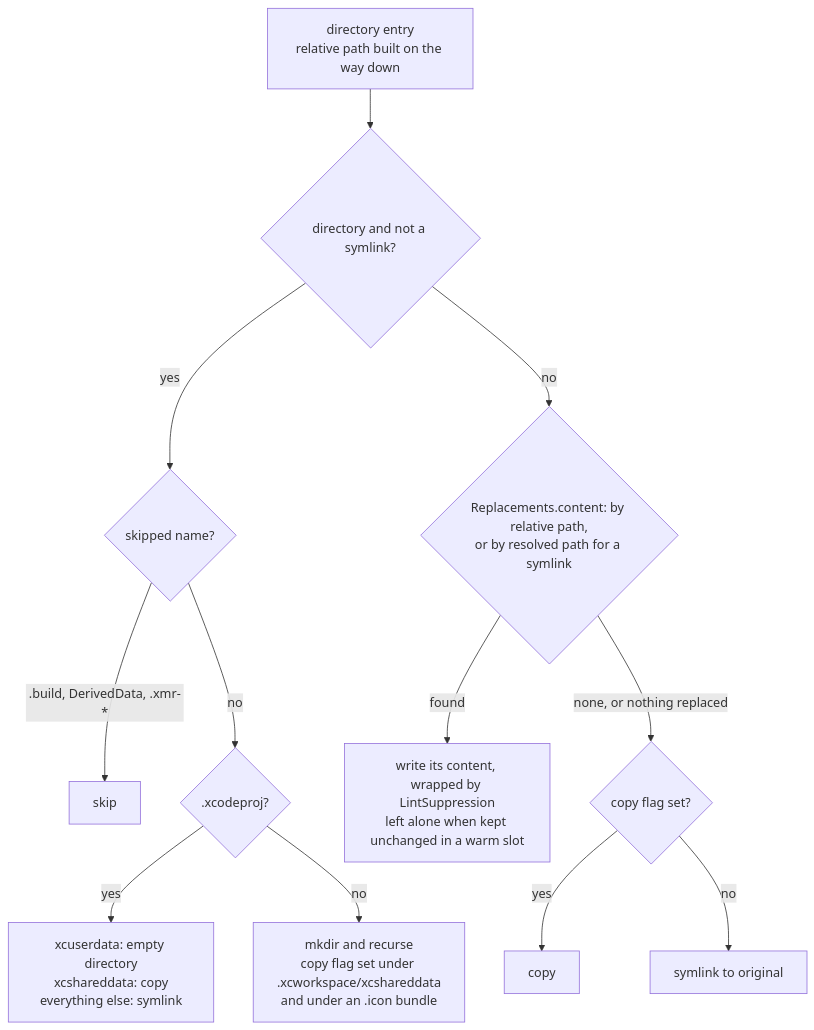
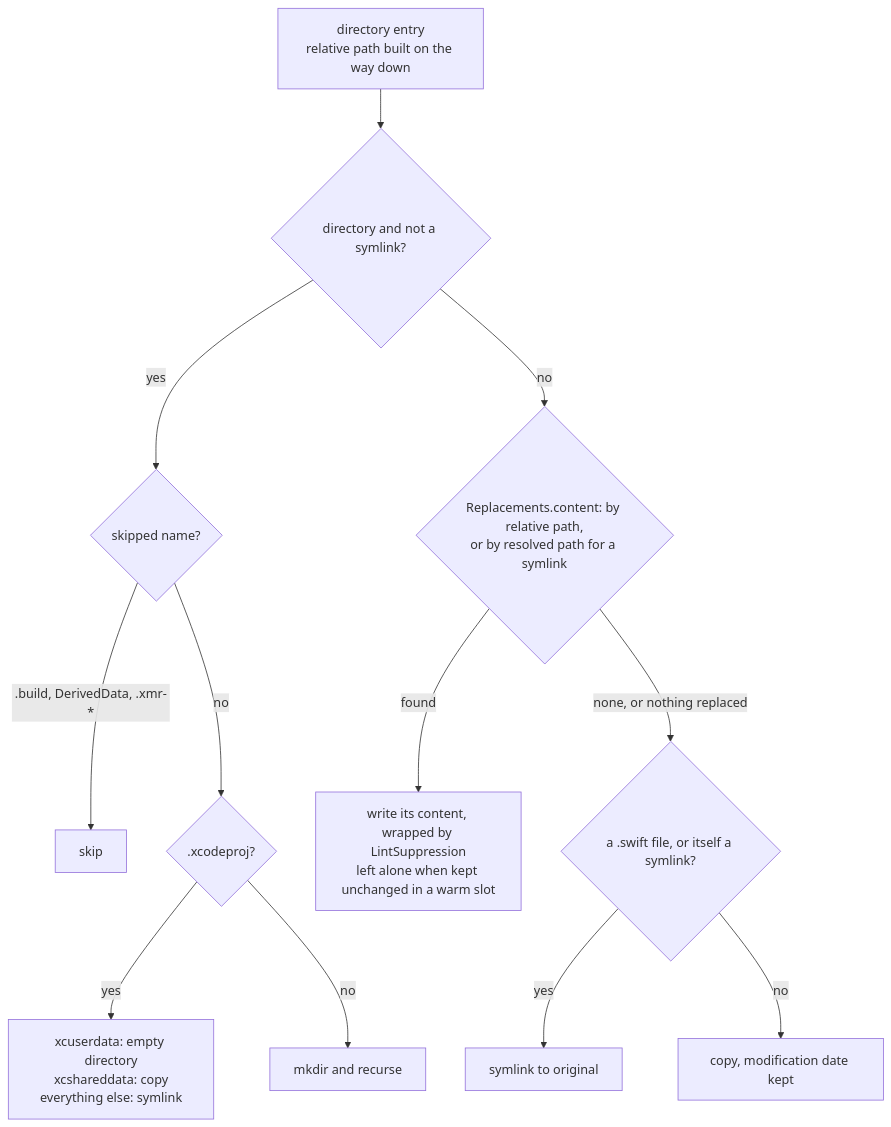
The first of 2 diagrams in Docs/CodeBase/06-sandbox-build.md (ericodx/swift-mutation-testing), drawn with Mermaid before and after one commit. The commit also changed other lines of this file and 2 other files, not shown here.

Commit message:
docs: describe the link-or-copy rule by file kind, the two compilers that rejected links, and how the sandbox root reads TMPDIR

````diff
--- a/Docs/CodeBase/06-sandbox-build.md
+++ b/Docs/CodeBase/06-sandbox-build.md
@@ -55,14 +55,14 @@
 ```mermaid
 flowchart TD
     ITEM["directory entry<br>relative path built on the way down"] --> KIND{"directory and not a symlink?"}
     KIND -- yes --> SKIP{"skipped name?"}
     SKIP -- ".build, DerivedData, .xmr-*" --> DROP["skip"]
     SKIP -- no --> XCODEPROJ{".xcodeproj?"}
     XCODEPROJ -- yes --> PROJ["xcuserdata: empty directory<br>xcshareddata: copy<br>everything else: symlink"]
-    XCODEPROJ -- no --> RECURSE["mkdir and recurse<br>copy flag set under .xcworkspace/xcshareddata<br>and under an .icon bundle"]
+    XCODEPROJ -- no --> RECURSE["mkdir and recurse"]
     KIND -- no --> REPLACED{"Replacements.content: by relative path,<br>or by resolved path for a symlink"}
     REPLACED -- found --> WRITE["write its content, wrapped by LintSuppression<br>left alone when kept unchanged in a warm slot"]
-    REPLACED -- "none, or nothing replaced" --> SHARED{"copy flag set?"}
-    SHARED -- yes --> COPY["copy"]
-    SHARED -- no --> SYMLINK["symlink to original"]
+    REPLACED -- "none, or nothing replaced" --> KINDOFFILE{"a .swift file, or itself a symlink?"}
+    KINDOFFILE -- yes --> SYMLINK["symlink to original"]
+    KINDOFFILE -- no --> COPY["copy, modification date kept"]
 ```
````
